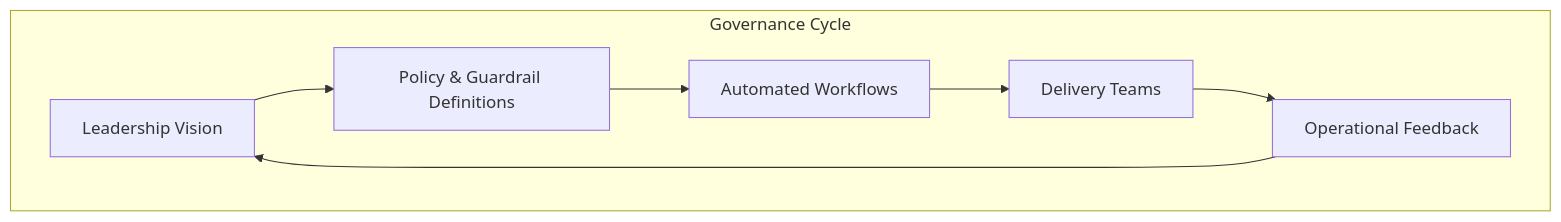
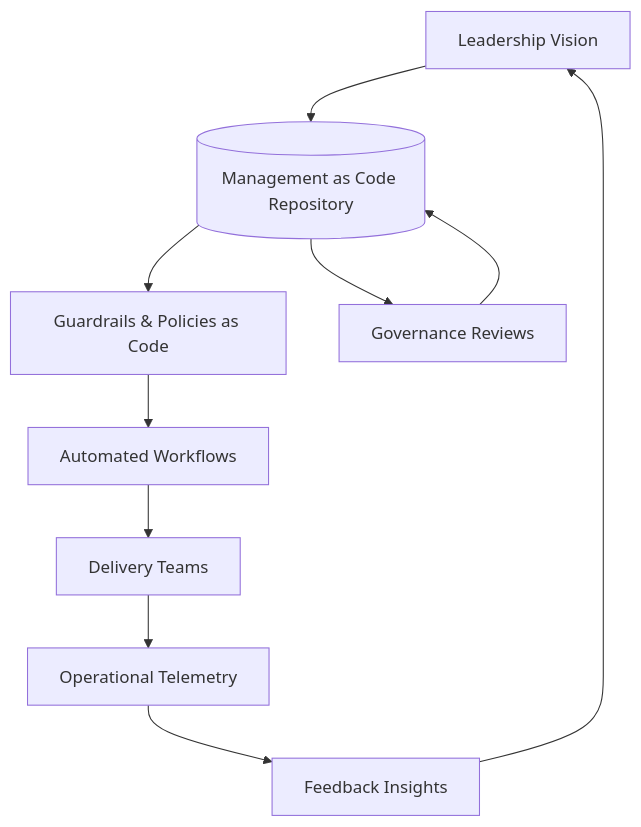
Before and after one commit to Geonitab/architecture_as_code: the diagram in docs/images/diagram_19_management_overview.mmd, drawn with Mermaid. The commit also changed 1 other file, not shown here.

Commit message:
Update chapter 19 visuals to use generated diagrams

```diff
--- a/docs/images/diagram_19_management_overview.mmd
+++ b/docs/images/diagram_19_management_overview.mmd
@@ -1,21 +1,20 @@
 %% Diagram: Management as Code overview
 flowchart TD
     Vision[Leadership Vision]
-    Guardrails[Policy & Guardrail Definitions]
+    Repo[(Management as Code Repository)]
+    Guardrails[Guardrails & Policies as Code]
     Automation[Automated Workflows]
     Teams[Delivery Teams]
-    Feedback[Operational Feedback]
+    Telemetry[Operational Telemetry]
+    Insights[Feedback Insights]
+    Reviews[Governance Reviews]
 
-    Vision --> Guardrails
+    Vision --> Repo
+    Repo --> Guardrails
     Guardrails --> Automation
     Automation --> Teams
-    Teams --> Feedback
-    Feedback --> Vision
-
-    subgraph Governance Cycle
-        Vision
-        Guardrails
-        Automation
-        Teams
-        Feedback
-    end
+    Teams --> Telemetry
+    Telemetry --> Insights
+    Insights --> Vision
+    Repo --> Reviews
+    Reviews --> Repo
```
